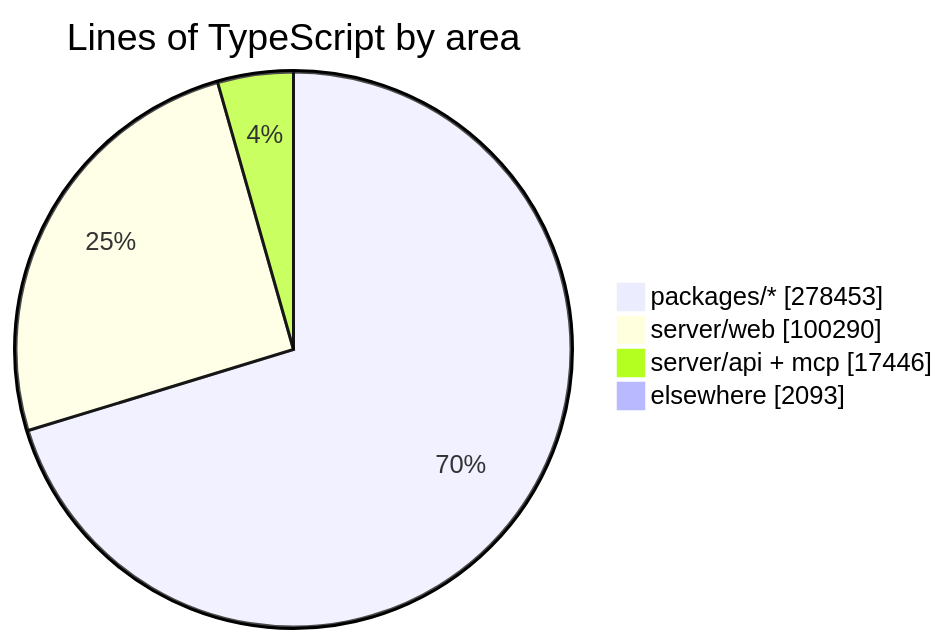
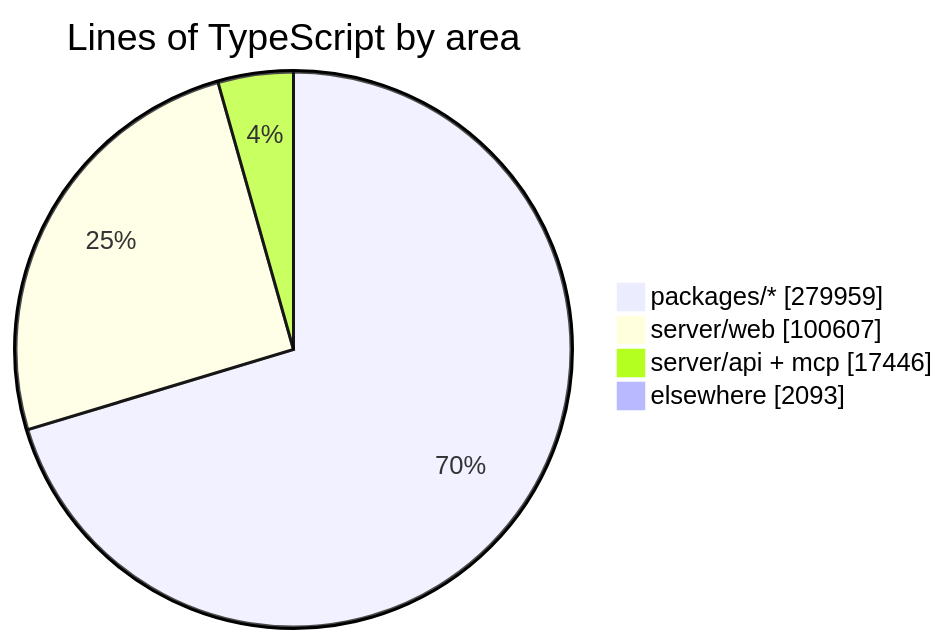
One commit to crossworks-engineering/mantle changed the diagram in README.md. Above: the diagram before and after it, drawn with Mermaid. The commit also changed other lines of this file and 2 other files, not shown here.

````diff
--- a/README.md
+++ b/README.md
@@ -294,7 +294,7 @@
 ```mermaid
 pie showData title Lines of TypeScript by area
-    "packages/*" : 278453
-    "server/web" : 100290
+    "packages/*" : 279959
+    "server/web" : 100607
     "server/api + mcp" : 17446
     "elsewhere" : 2093
 ```
````
